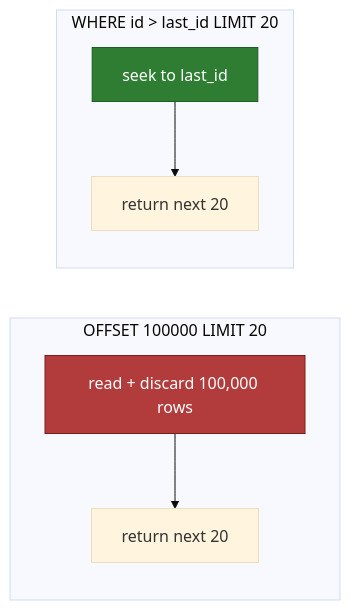
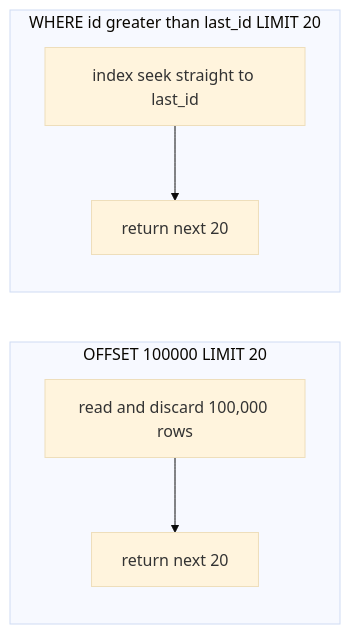
Before and after one commit to mohammad-mriesh-job/cortex: the diagram in src/modules/database/content/06-performance/04-query-optimization.md, drawn with Mermaid (base theme). The commit also changed other lines of this file and 257 other files, not shown here.

````diff
--- a/src/modules/database/content/06-performance/04-query-optimization.md
+++ b/src/modules/database/content/06-performance/04-query-optimization.md
@@ -105,13 +105,9 @@
 ```mermaid
 flowchart LR
   subgraph OFFSET["OFFSET 100000 LIMIT 20"]
-    O1["read + discard 100,000 rows"] --> O2["return next 20"]
+    O1["read and discard 100,000 rows"] --> O2["return next 20"]
   end
-  subgraph KEYSET["WHERE id &gt; last_id LIMIT 20"]
-    K1["seek to last_id"] --> K2["return next 20"]
+  subgraph KEYSET["WHERE id greater than last_id LIMIT 20"]
+    K1["index seek straight to last_id"] --> K2["return next 20"]
   end
-  class O1 bad;
-  class K1 good;
-  classDef bad fill:#b23b3b,stroke:#7f1d1d,color:#fff;
-  classDef good fill:#2e7d32,stroke:#1b5e20,color:#fff;
 ```
````
